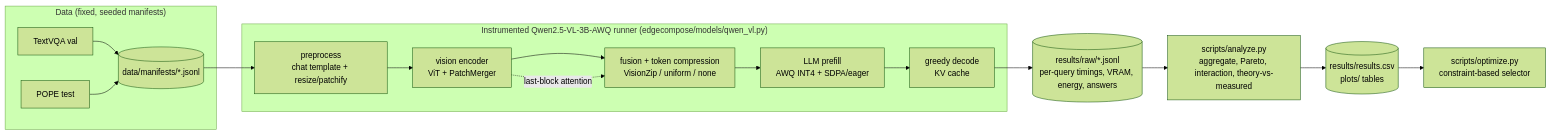
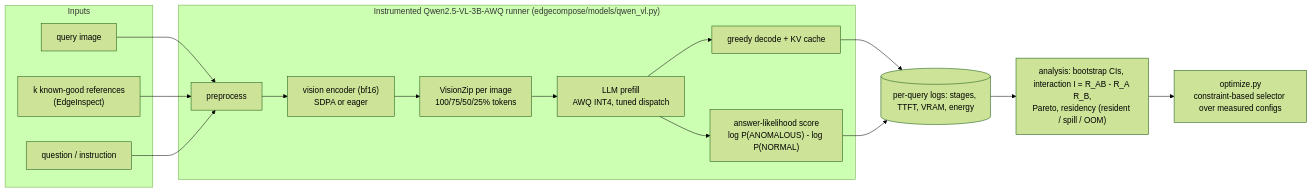
Before and after one commit to abhinavg08/EdgeCompose-VLM: the diagram in README.md, drawn with Mermaid (forest theme). The commit also changed other lines of this file and 14 other files, not shown here.

````diff
--- a/README.md
+++ b/README.md
@@ -64,19 +36,22 @@
 ```mermaid
 flowchart LR
-    subgraph Data["Data (fixed, seeded manifests)"]
-        TV[TextVQA val] --> M[(data/manifests/*.jsonl)]
-        PO[POPE test] --> M
+    subgraph Inputs
+        Q[query image]
+        R["k known-good references<br/>(EdgeInspect)"]
+        T[question / instruction]
     end
     subgraph Runner["Instrumented Qwen2.5-VL-3B-AWQ runner (edgecompose/models/qwen_vl.py)"]
-        P[preprocess<br/>chat template + resize/patchify] --> V[vision encoder<br/>ViT + PatchMerger]
-        V --> C[fusion + token compression<br/>VisionZip / uniform / none]
-        C --> PF[LLM prefill<br/>AWQ INT4 + SDPA/eager]
-        PF --> D[greedy decode<br/>KV cache]
+        P[preprocess] --> V["vision encoder (bf16)<br/>SDPA or eager"]
+        V --> C["VisionZip per image<br/>100/75/50/25% tokens"]
+        C --> F["LLM prefill<br/>AWQ INT4, tuned dispatch"]
+        F --> D[greedy decode + KV cache]
+        F --> S["answer-likelihood score<br/>log P(ANOMALOUS) - log P(NORMAL)"]
     end
-    M --> P
-    V -. last-block attention .-> C
-    D --> L[(results/raw/*.jsonl<br/>per-query timings, VRAM, energy, answers)]
-    L --> A[scripts/analyze.py<br/>aggregate, Pareto, interaction, theory-vs-measured]
-    A --> R[(results/results.csv<br/>plots/ tables)]
-    R --> O[scripts/optimize.py<br/>constraint-based selector]
+    Q --> P
+    R --> P
+    T --> P
+    D --> L[("per-query logs: stages, TTFT, VRAM, energy")]
+    S --> L
+    L --> A["analysis: bootstrap CIs, interaction I = R_AB - R_A R_B,<br/>Pareto, residency (resident / spill / OOM)"]
+    A --> O["optimize.py<br/>constraint-based selector over measured configs"]
 ```
````
